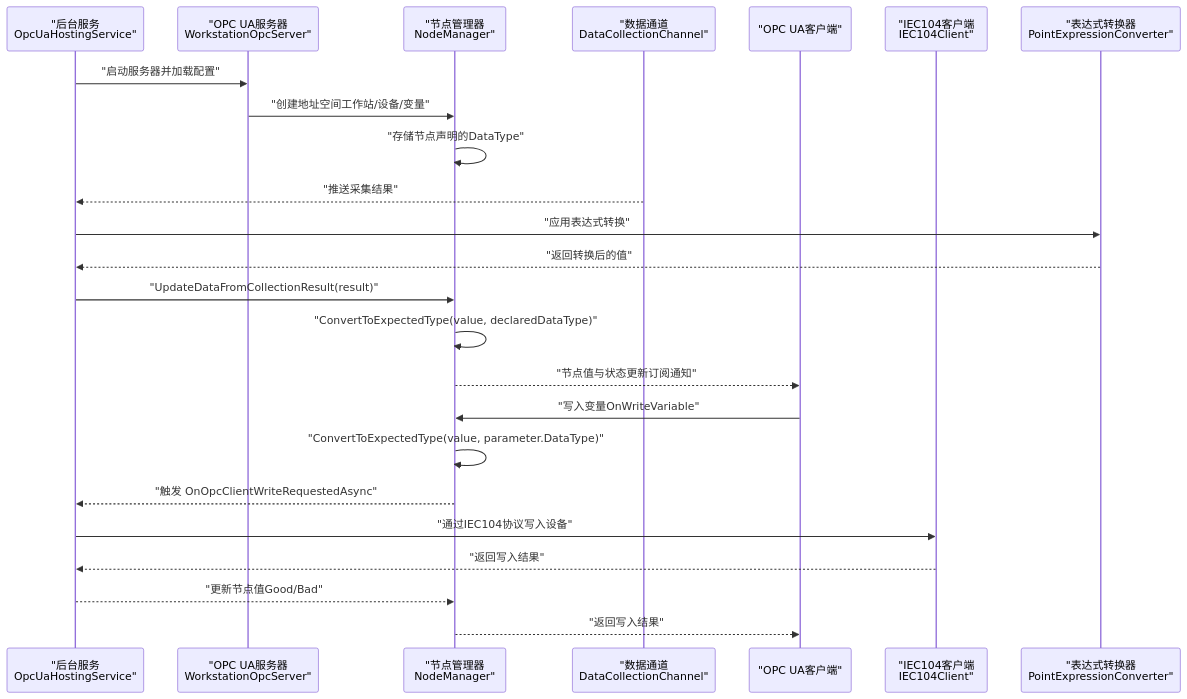
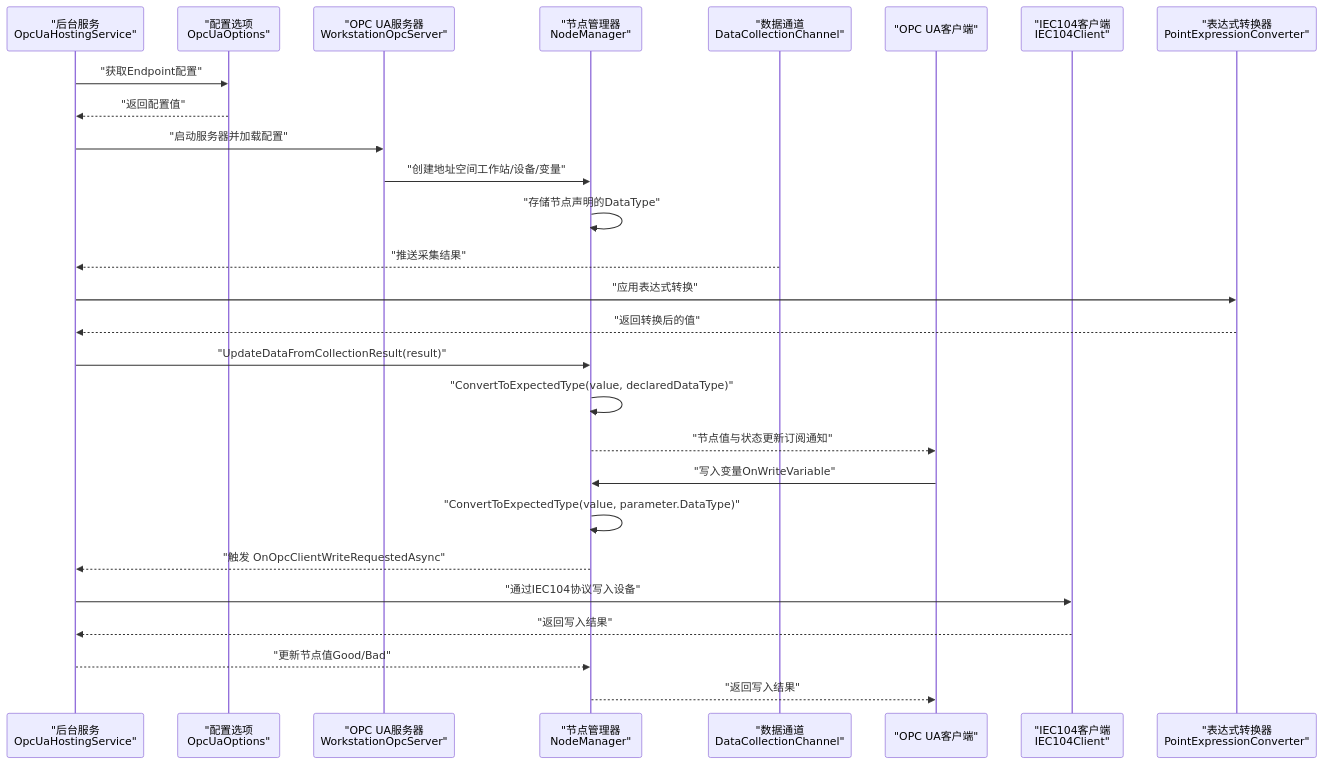
The second of 13 diagrams in .qoder/repowiki/zh/content/OPC UA集成/OPC UA集成.md (whitemousetl/IndustrialDataSolution), drawn with Mermaid before and after one commit. The commit also changed other lines of this file and 13 other files, not shown here.

````diff
--- a/.qoder/repowiki/zh/content/OPC UA集成/OPC UA集成.md
+++ b/.qoder/repowiki/zh/content/OPC UA集成/OPC UA集成.md
@@ -134,26 +141,29 @@
 ```mermaid
 sequenceDiagram
 participant Host as "后台服务<br/>OpcUaHostingService"
+participant Options as "配置选项<br/>OpcUaOptions"
 participant Server as "OPC UA服务器<br/>WorkstationOpcServer"
 participant NM as "节点管理器<br/>NodeManager"
 participant Channel as "数据通道<br/>DataCollectionChannel"
 participant Client as "OPC UA客户端"
 participant IEC104 as "IEC104客户端<br/>IEC104Client"
 participant ExprConv as "表达式转换器<br/>PointExpressionConverter"
+Host->>Options : "获取Endpoint配置"
+Options-->>Host : "返回配置值"
 Host->>Server : "启动服务器并加载配置"
 Server->>NM : "创建地址空间工作站/设备/变量"
 NM->>NM : "存储节点声明的DataType"
 Channel-->>Host : "推送采集结果"
 Host->>ExprConv : "应用表达式转换"
 ExprConv-->>Host : "返回转换后的值"
 Host->>NM : "UpdateDataFromCollectionResult(result)"
 NM->>NM : "ConvertToExpectedType(value, declaredDataType)"
 NM-->>Client : "节点值与状态更新订阅通知"
 Client->>NM : "写入变量OnWriteVariable"
 NM->>NM : "ConvertToExpectedType(value, parameter.DataType)"
 NM-->>Host : "触发 OnOpcClientWriteRequestedAsync"
 Host->>IEC104 : "通过IEC104协议写入设备"
 IEC104-->>Host : "返回写入结果"
 Host-->>NM : "更新节点值Good/Bad"
 NM-->>Client : "返回写入结果"
 ```
````
